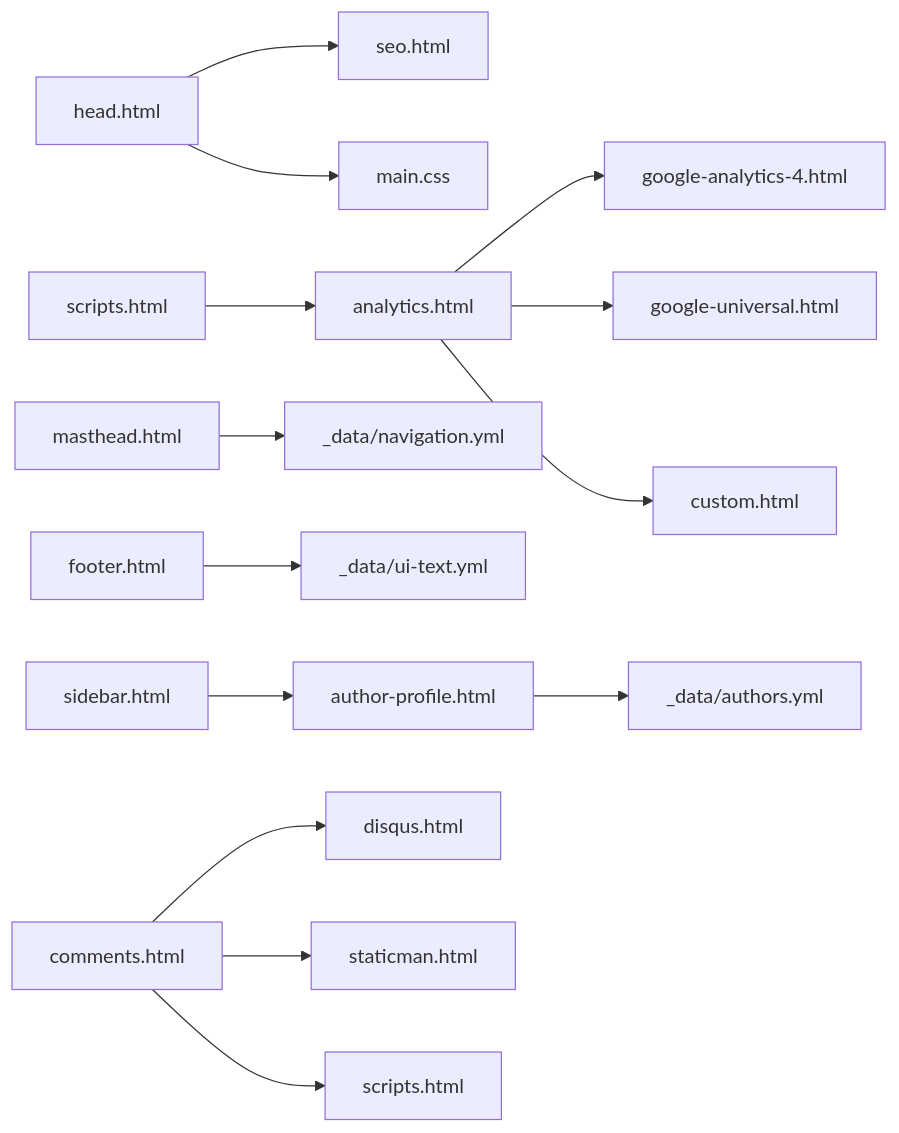
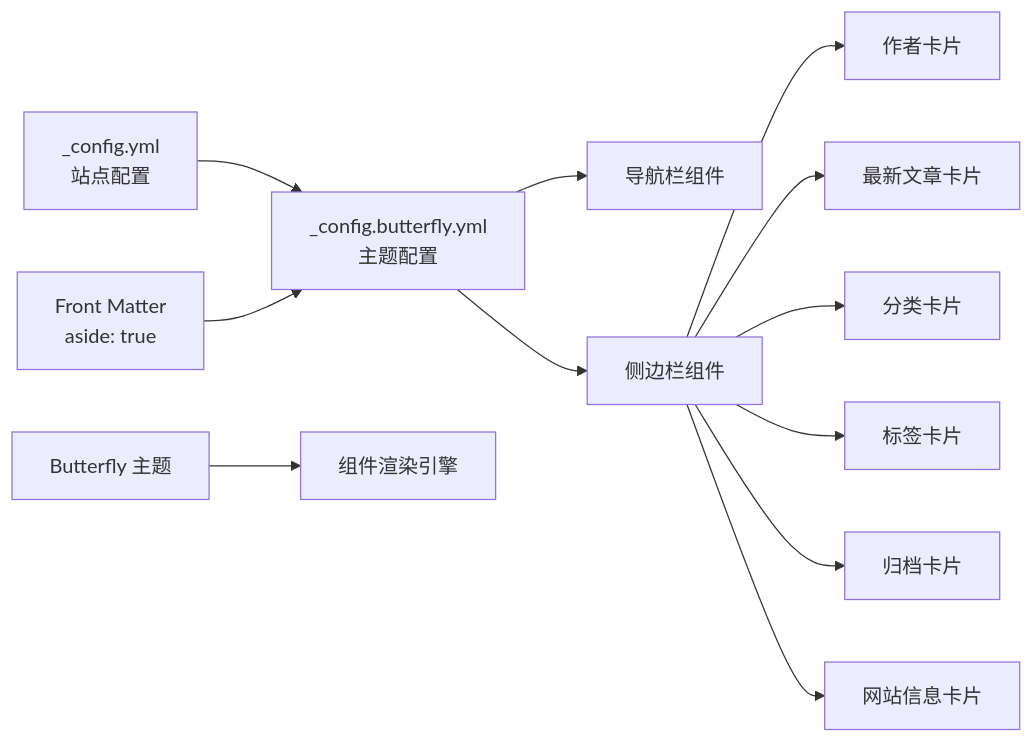
Before and after one commit to CoolPig0720/CoolPig0720.github.io: the third of 3 diagrams in .qoder/repowiki/zh/content/页面布局和模板系统/包含组件系统.md, drawn with Mermaid. The commit also changed other lines of this file and 36 other files, not shown here.

````diff
--- a/.qoder/repowiki/zh/content/页面布局和模板系统/包含组件系统.md
+++ b/.qoder/repowiki/zh/content/页面布局和模板系统/包含组件系统.md
@@ -327,16 +278,14 @@
 ```mermaid
 graph LR
-H["head.html"] --> SEO["seo.html"]
-H --> CSS["main.css"]
-S["scripts.html"] --> GA["analytics.html"]
-GA --> GP1["google-analytics-4.html"]
-GA --> GP2["google-universal.html"]
-GA --> GP3["custom.html"]
-M["masthead.html"] --> NAV["_data/navigation.yml"]
-F["footer.html"] --> UIT["_data/ui-text.yml"]
-AP["author-profile.html"] --> AUT["_data/authors.yml"]
-SB["sidebar.html"] --> AP
-C["comments.html"] --> CP1["disqus.html"]
-C --> CP2["staticman.html"]
-C --> CP3["scripts.html"]
+CONFIG["_config.yml<br/>站点配置"] --> BUTTERFLY["_config.butterfly.yml<br/>主题配置"]
+FRONT["Front Matter<br/>aside: true"] --> BUTTERFLY
+BUTTERFLY --> NAV["导航栏组件"]
+BUTTERFLY --> ASIDE["侧边栏组件"]
+ASIDE --> AUTHOR["作者卡片"]
+ASIDE --> RECENT["最新文章卡片"]
+ASIDE --> CATEGORIES["分类卡片"]
+ASIDE --> TAGS["标签卡片"]
+ASIDE --> ARCHIVES["归档卡片"]
+ASIDE --> WEBINFO["网站信息卡片"]
+THEME["Butterfly 主题"] --> RENDER["组件渲染引擎"]
 ```
````
